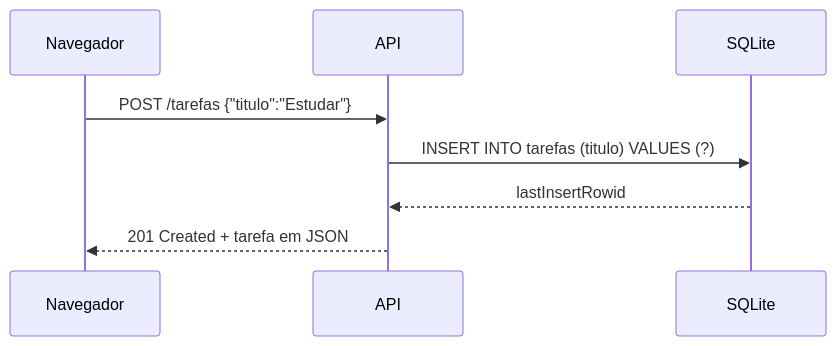
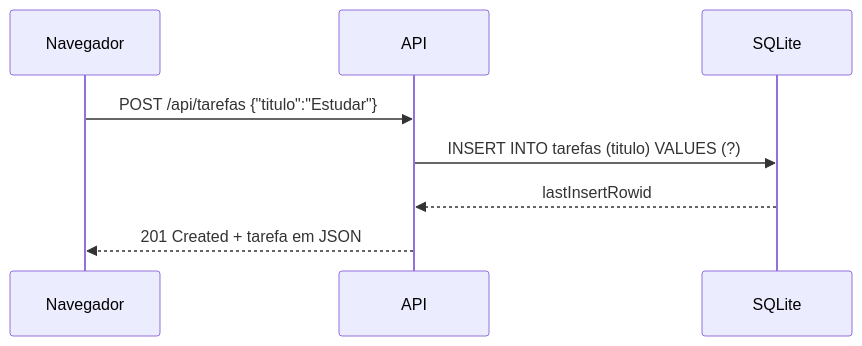
The third of 3 diagrams in README.md (Brun0Kenji/GS-CloudSec), drawn with Mermaid before and after one commit. The commit also changed other lines of this file and 9 other files, not shown here.

````diff
--- a/README.md
+++ b/README.md
@@ -32,10 +33,10 @@
 ```mermaid
 sequenceDiagram
   participant N as Navegador
   participant A as API
   participant D as SQLite
-  N->>A: POST /tarefas {"titulo":"Estudar"}
+  N->>A: POST /api/tarefas {"titulo":"Estudar"}
   A->>D: INSERT INTO tarefas (titulo) VALUES (?)
   D-->>A: lastInsertRowid
   A-->>N: 201 Created + tarefa em JSON
 ```
````
